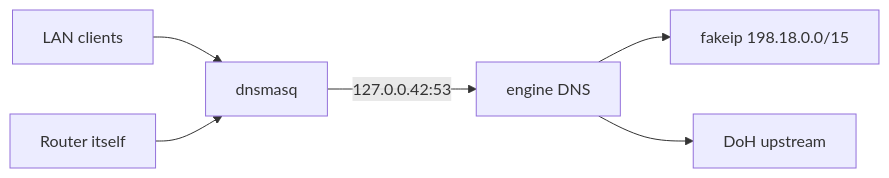
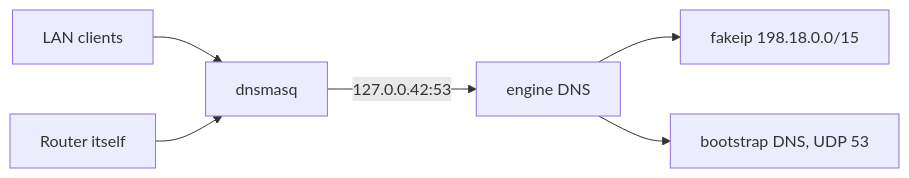
The second of 2 diagrams in docs/OVERVIEW.md (timofey-maykov/openwrt-hybrid-failover), drawn with Mermaid before and after one commit. The commit also changed other lines of this file and 21 other files, not shown here.

````diff
--- a/docs/OVERVIEW.md
+++ b/docs/OVERVIEW.md
@@ -69,8 +87,8 @@
 ```mermaid
 flowchart LR
   LAN[LAN clients] --> dnsmasq
   dnsmasq -->|"127.0.0.42:53"| engineDNS[engine DNS]
   engineDNS --> fakeip[fakeip 198.18.0.0/15]
-  engineDNS --> doh[DoH upstream]
+  engineDNS --> upstream["bootstrap DNS, UDP 53"]
   router[Router itself] --> dnsmasq
 ```
````
